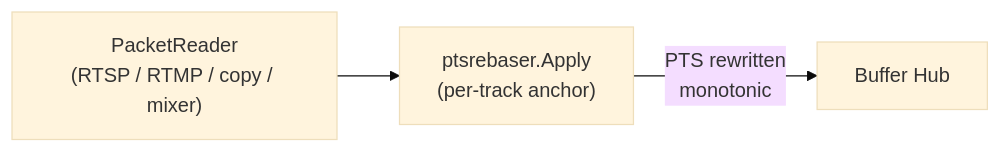
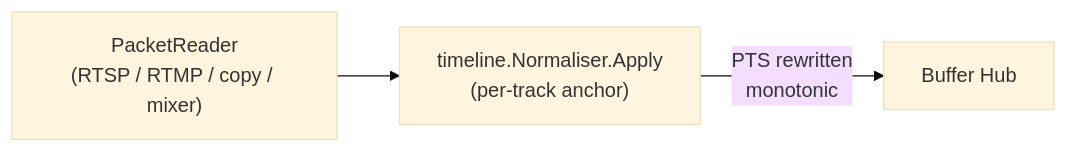
The fourth of 8 diagrams in docs/ARCHITECTURE.md (ntthuan060102github/Open-Streamer), drawn with Mermaid (base theme) before and after one commit. The commit also changed other lines of this file and 68 other files, not shown here.

First line of the commit message:
Merge pull request #32 from ntt0601zcoder/refactor/architecture

````diff
--- a/docs/ARCHITECTURE.md
+++ b/docs/ARCHITECTURE.md
@@ -251,5 +258,5 @@
 ```mermaid
 flowchart LR
-    Reader["PacketReader<br/>(RTSP / RTMP / copy / mixer)"] --> Rebaser
-    Rebaser["ptsrebaser.Apply<br/>(per-track anchor)"] -->|"PTS rewritten<br/>monotonic"| Hub["Buffer Hub"]
+    Reader["PacketReader<br/>(RTSP / RTMP / copy / mixer)"] --> Norm
+    Norm["timeline.Normaliser.Apply<br/>(per-track anchor)"] -->|"PTS rewritten<br/>monotonic"| Hub["Buffer Hub"]
 ```
````
